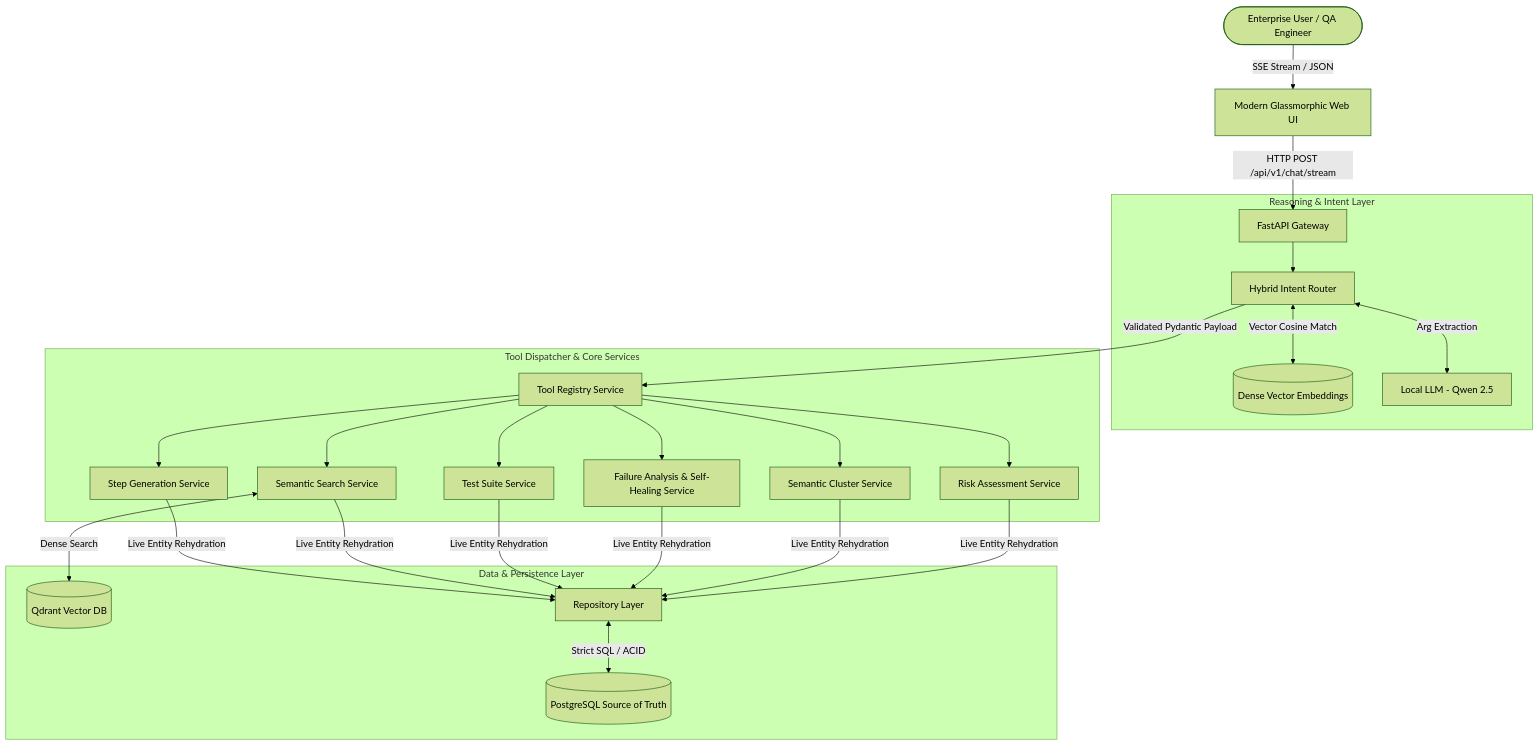
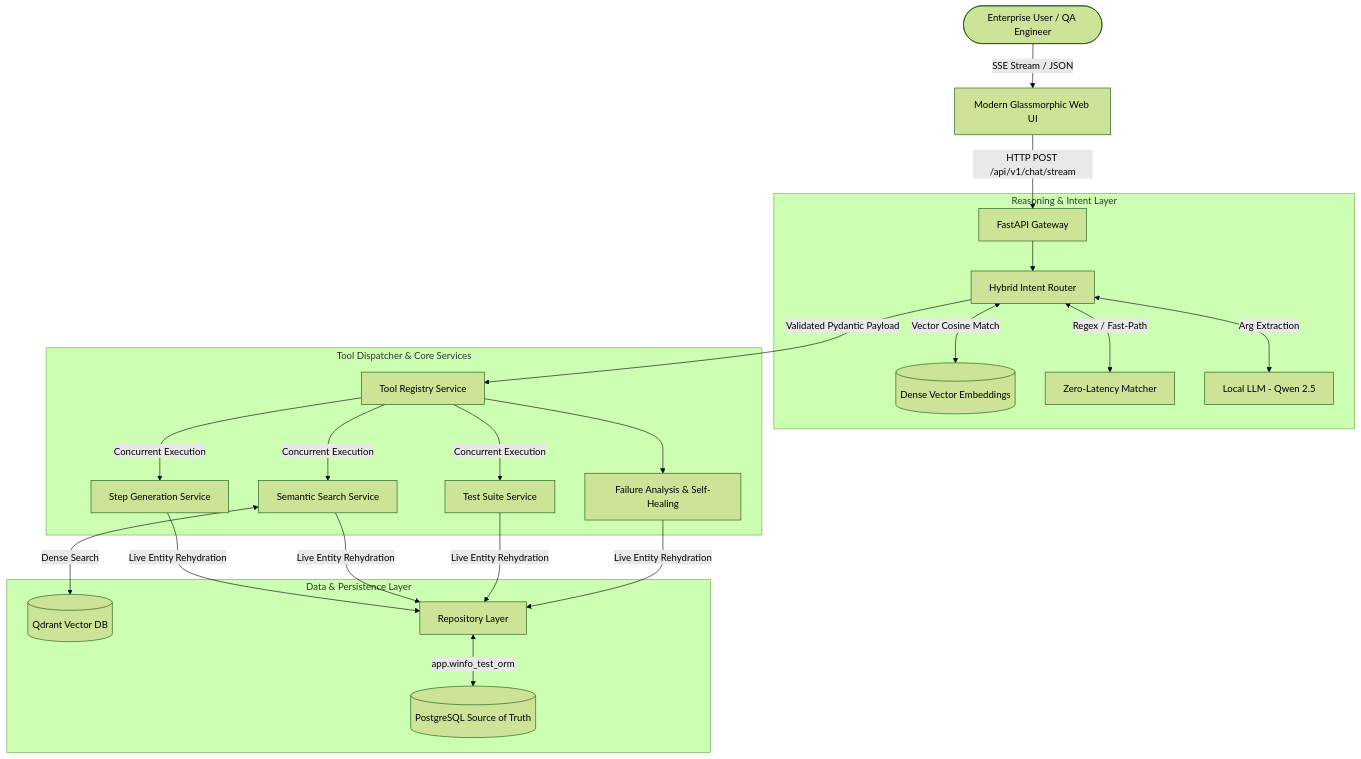
The diagram in README.md (WinfoJayantT/WINFOAI), drawn with Mermaid (forest theme) before and after one commit. The commit also changed other lines of this file, not shown here.

Commit message:
Update README with new ORM architecture and tool routing optimizations

````diff
--- a/README.md
+++ b/README.md
@@ -60,27 +62,26 @@
 ```mermaid
 graph TD
     User([Enterprise User / QA Engineer]) -->|SSE Stream / JSON| WebUI[Modern Glassmorphic Web UI]
     WebUI -->|HTTP POST /api/v1/chat/stream| FastAPI[FastAPI Gateway]
     
     subgraph "Reasoning & Intent Layer"
         FastAPI --> HybridRouter[Hybrid Intent Router]
         HybridRouter <-->|Vector Cosine Match| IntentAnchors[(Dense Vector Embeddings)]
+        HybridRouter <-->|Regex / Fast-Path| FastMatch[Zero-Latency Matcher]
         HybridRouter <-->|Arg Extraction| LocalLLM[Local LLM - Qwen 2.5]
     end
     
     subgraph "Tool Dispatcher & Core Services"
         HybridRouter -->|Validated Pydantic Payload| ToolRegistry[Tool Registry Service]
-        ToolRegistry --> StepGen[Step Generation Service]
-        ToolRegistry --> SearchService[Semantic Search Service]
-        ToolRegistry --> SuiteService[Test Suite Service]
-        ToolRegistry --> FailureService[Failure Analysis & Self-Healing Service]
-        ToolRegistry --> ClusterService[Semantic Cluster Service]
-        ToolRegistry --> RiskService[Risk Assessment Service]
+        ToolRegistry -->|Concurrent Execution| StepGen[Step Generation Service]
+        ToolRegistry -->|Concurrent Execution| SearchService[Semantic Search Service]
+        ToolRegistry -->|Concurrent Execution| SuiteService[Test Suite Service]
+        ToolRegistry --> FailureService[Failure Analysis & Self-Healing]
     end
     
     subgraph "Data & Persistence Layer"
         SearchService <-->|Dense Search| Qdrant[(Qdrant Vector DB)]
-        StepGen & SearchService & SuiteService & FailureService & ClusterService & RiskService -->|Live Entity Rehydration| RepoLayer[Repository Layer]
-        RepoLayer <-->|Strict SQL / ACID| PostgreSQL[(PostgreSQL Source of Truth)]
+        StepGen & SearchService & SuiteService & FailureService -->|Live Entity Rehydration| RepoLayer[Repository Layer]
+        RepoLayer <-->|app.winfo_test_orm| PostgreSQL[(PostgreSQL Source of Truth)]
     end
 ```
````
